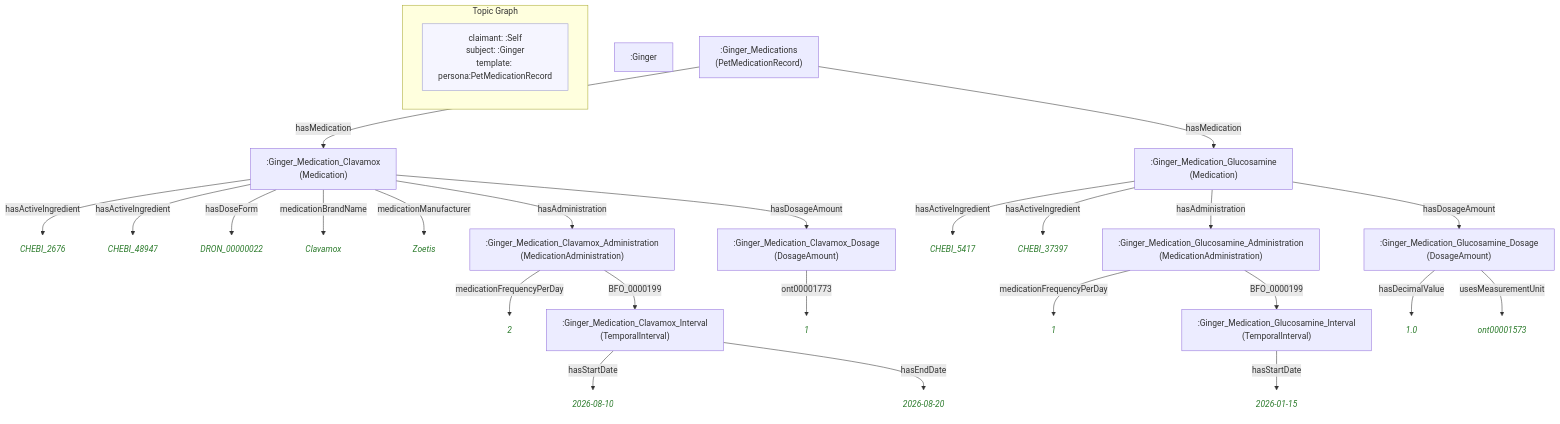
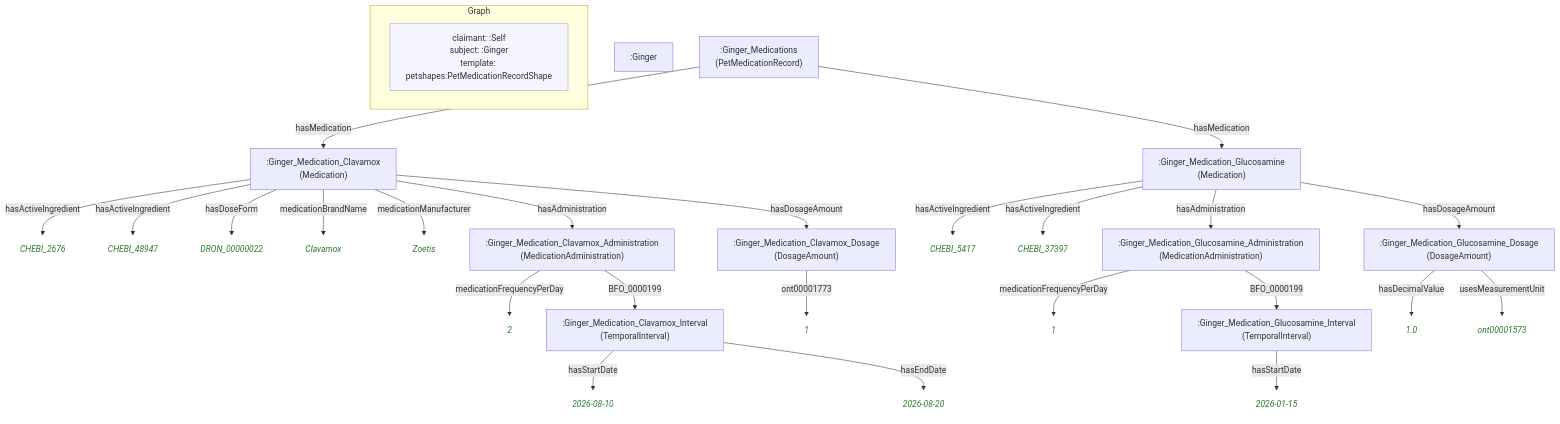
The diagram in example/graphs/images/graph-32.mmd (MeeFoundation/mia-ontologies), drawn with Mermaid before and after one commit. The commit also changed 170 other files, not shown here.

```diff
--- a/example/graphs/images/graph-32.mmd
+++ b/example/graphs/images/graph-32.mmd
@@ -1,60 +1,60 @@
 flowchart TD
     classDef person fill:#fffacd,stroke:#aaa,color:#333
     classDef org    fill:#cce5ff,stroke:#aaa,color:#333
     classDef lit    fill:none,stroke:none,font-style:italic,color:#2a7a2a
     classDef meta   fill:#f5f5ff,stroke:#9999cc,color:#333
 
-    subgraph ctx["Topic Graph"]
+    subgraph ctx["Graph"]
         direction LR
-        ctx_meta["claimant: :Self\nsubject: :Ginger\ntemplate: persona:PetMedicationRecord"]:::meta
+        ctx_meta["claimant: :Self\nsubject: :Ginger\ntemplate: petshapes:PetMedicationRecordShape"]:::meta
     end
 
     nd44f902e3f9e[":Ginger"]
     n522e3529c773[":Ginger_Medication_Clavamox\n(Medication)"]
-    n1817514e9f7f("CHEBI_2676"):::lit
-    n96a3aff4af7b("CHEBI_48947"):::lit
-    n0417dac36b57("DRON_00000022"):::lit
-    n3dfec799d850("Clavamox"):::lit
-    n7aa6ef22271b("Zoetis"):::lit
+    n70ec3204b597("CHEBI_2676"):::lit
+    n0fec13ce0d41("CHEBI_48947"):::lit
+    n7f5f56257aba("DRON_00000022"):::lit
+    n0c2855e4586d("Clavamox"):::lit
+    n2fef7c6b8836("Zoetis"):::lit
     n6b826f98f918[":Ginger_Medication_Clavamox_Dosage\n(DosageAmount)"]
     n75117782fc2d[":Ginger_Medication_Clavamox_Administration\n(MedicationAdministration)"]
-    n3edc5079d20f("2"):::lit
+    n9e255f126aaf("2"):::lit
     n320d619d95a3[":Ginger_Medication_Clavamox_Interval\n(TemporalInterval)"]
     n6ee0b95a3459("1"):::lit
     n48e84d834332("2026-08-10"):::lit
     nc1a46c35d155("2026-08-20"):::lit
     n97a2a6cd305a[":Ginger_Medication_Glucosamine\n(Medication)"]
-    n643769e22cff("CHEBI_5417"):::lit
-    n5c4fb9d5ba85("CHEBI_37397"):::lit
+    n932da3a6ec3f("CHEBI_5417"):::lit
+    nd3ced5c39e91("CHEBI_37397"):::lit
     n036f964ddb0b[":Ginger_Medication_Glucosamine_Dosage\n(DosageAmount)"]
     nde20efbb3d82[":Ginger_Medication_Glucosamine_Administration\n(MedicationAdministration)"]
-    ndb5e1b60fd7e("1"):::lit
+    nd31babbf8a3c("1"):::lit
     n52641b9e32d5[":Ginger_Medication_Glucosamine_Interval\n(TemporalInterval)"]
     n9392c085e74f("1.0"):::lit
     n38a7a21dfdb5("ont00001573"):::lit
     n83b5896f04dc("2026-01-15"):::lit
     n6dd6d267adfc[":Ginger_Medications\n(PetMedicationRecord)"]
 
-    n522e3529c773 -->|"hasActiveIngredient"| n1817514e9f7f
-    n522e3529c773 -->|"hasActiveIngredient"| n96a3aff4af7b
-    n522e3529c773 -->|"hasDoseForm"| n0417dac36b57
-    n522e3529c773 -->|"medicationBrandName"| n3dfec799d850
-    n522e3529c773 -->|"medicationManufacturer"| n7aa6ef22271b
+    n522e3529c773 -->|"hasActiveIngredient"| n70ec3204b597
+    n522e3529c773 -->|"hasActiveIngredient"| n0fec13ce0d41
+    n522e3529c773 -->|"hasDoseForm"| n7f5f56257aba
+    n522e3529c773 -->|"medicationBrandName"| n0c2855e4586d
+    n522e3529c773 -->|"medicationManufacturer"| n2fef7c6b8836
     n522e3529c773 -->|"hasDosageAmount"| n6b826f98f918
     n522e3529c773 -->|"hasAdministration"| n75117782fc2d
-    n75117782fc2d -->|"medicationFrequencyPerDay"| n3edc5079d20f
+    n75117782fc2d -->|"medicationFrequencyPerDay"| n9e255f126aaf
     n75117782fc2d -->|"BFO_0000199"| n320d619d95a3
     n6b826f98f918 -->|"ont00001773"| n6ee0b95a3459
     n320d619d95a3 -->|"hasStartDate"| n48e84d834332
     n320d619d95a3 -->|"hasEndDate"| nc1a46c35d155
-    n97a2a6cd305a -->|"hasActiveIngredient"| n643769e22cff
-    n97a2a6cd305a -->|"hasActiveIngredient"| n5c4fb9d5ba85
+    n97a2a6cd305a -->|"hasActiveIngredient"| n932da3a6ec3f
+    n97a2a6cd305a -->|"hasActiveIngredient"| nd3ced5c39e91
     n97a2a6cd305a -->|"hasDosageAmount"| n036f964ddb0b
     n97a2a6cd305a -->|"hasAdministration"| nde20efbb3d82
-    nde20efbb3d82 -->|"medicationFrequencyPerDay"| ndb5e1b60fd7e
+    nde20efbb3d82 -->|"medicationFrequencyPerDay"| nd31babbf8a3c
     nde20efbb3d82 -->|"BFO_0000199"| n52641b9e32d5
     n036f964ddb0b -->|"hasDecimalValue"| n9392c085e74f
     n036f964ddb0b -->|"usesMeasurementUnit"| n38a7a21dfdb5
     n52641b9e32d5 -->|"hasStartDate"| n83b5896f04dc
     n6dd6d267adfc -->|"hasMedication"| n522e3529c773
     n6dd6d267adfc -->|"hasMedication"| n97a2a6cd305a
```
